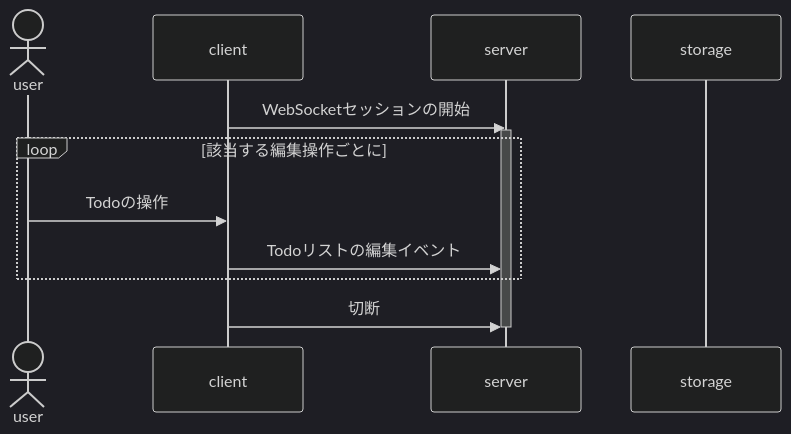
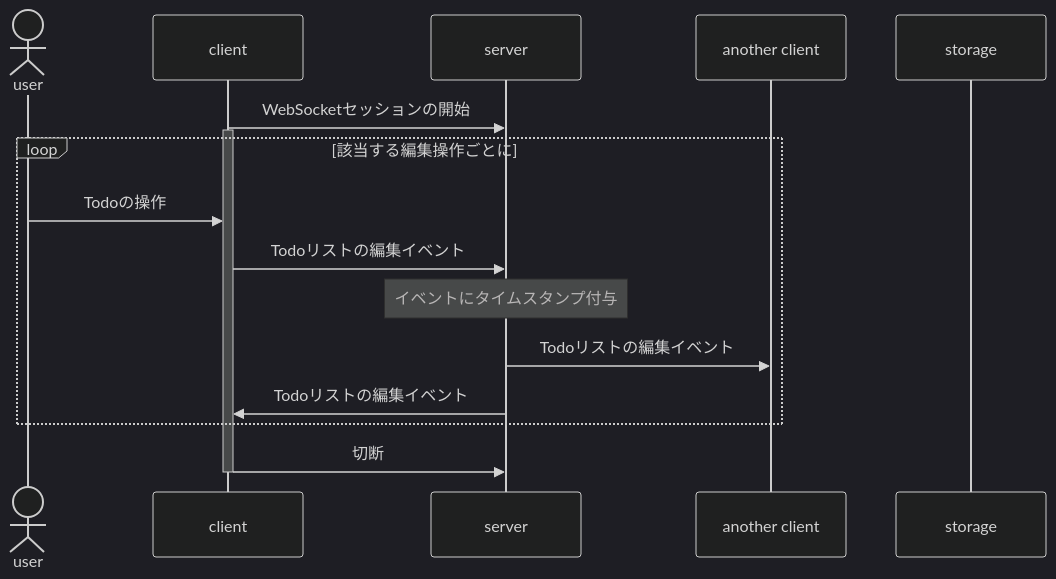
Before and after one commit to naoyafurudono/todo-app: the second of 5 diagrams in readme.md, drawn with Mermaid (dark theme). The commit also changed other lines of this file, not shown here.

Commit message:
使用を変更: マルチユーザにする

````diff
--- a/readme.md
+++ b/readme.md
@@ -68,16 +69,21 @@
 ```mermaid
 sequenceDiagram
     actor user
     participant client
     participant server
+    participant another client
     participant storage
 
     client ->> server: WebSocketセッションの開始
-    activate server
+    activate client 
     loop 該当する編集操作ごとに
       user ->> client: Todoの操作
       client ->> server: Todoリストの編集イベント
+      Note over server: イベントにタイムスタンプ付与
+      server ->> another client: Todoリストの編集イベント
+      server ->> client: Todoリストの編集イベント
+
     end
     client ->> server: 切断
-    deactivate server
+    deactivate client
 ```
````
